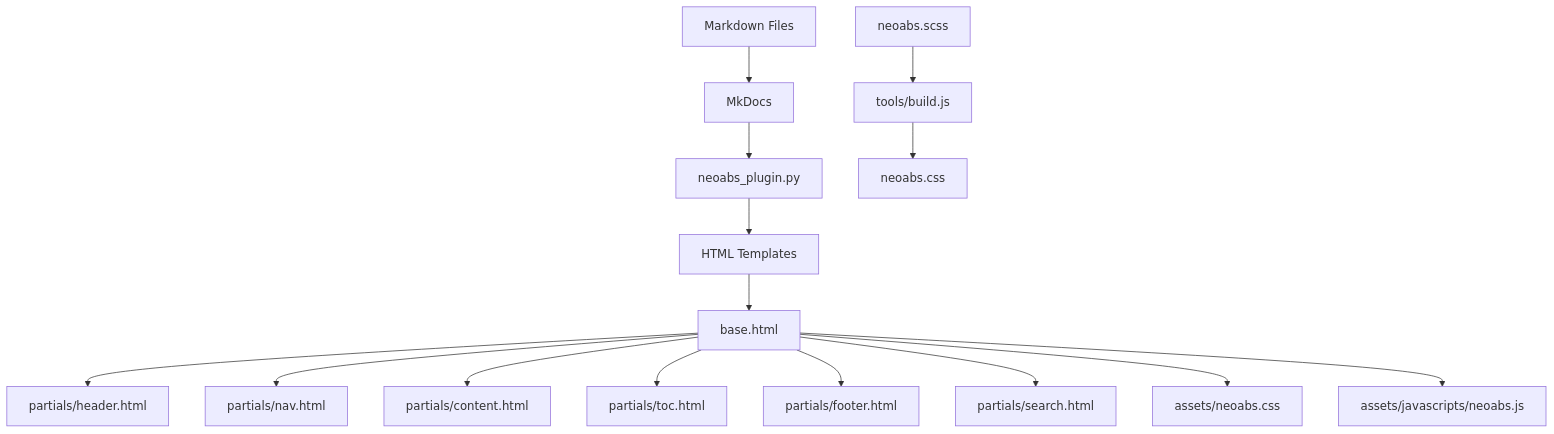
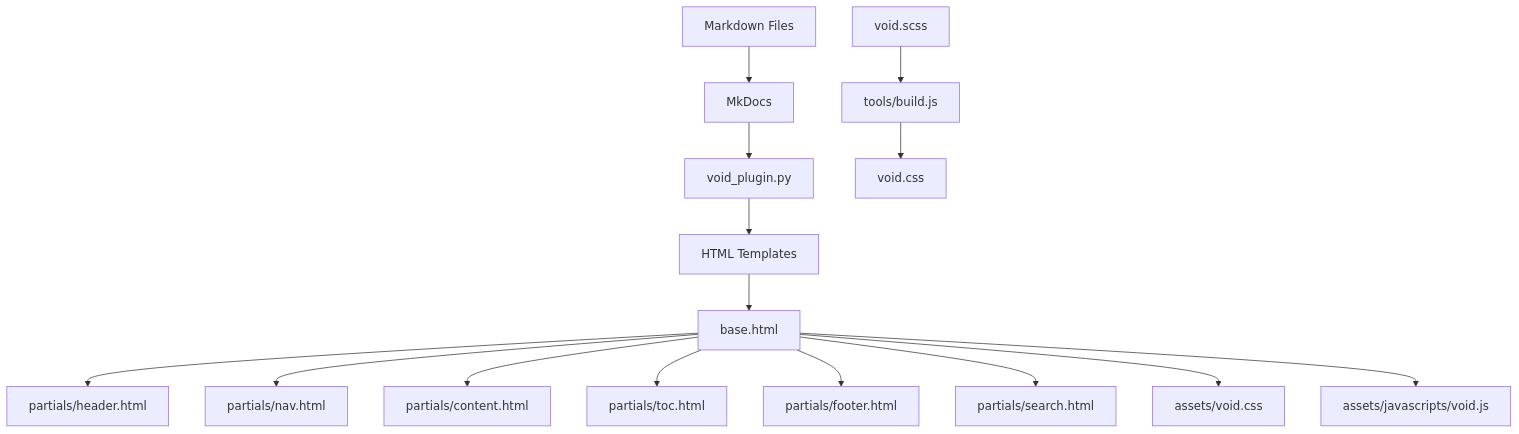
One commit to rkriad585/mkdocs-neoabs changed the diagram in README.md. Above: the diagram before and after it, drawn with Mermaid. The commit also changed other lines of this file and 137 other files, not shown here.

````diff
--- a/README.md
+++ b/README.md
@@ -342,17 +342,17 @@
 ```mermaid
 graph TD
     A[Markdown Files] --> B[MkDocs]
-    B --> C[neoabs_plugin.py]
+    B --> C[void_plugin.py]
     C --> D[HTML Templates]
     D --> E[base.html]
     E --> F[partials/header.html]
     E --> G[partials/nav.html]
     E --> H[partials/content.html]
     E --> I[partials/toc.html]
     E --> J[partials/footer.html]
     E --> K[partials/search.html]
-    E --> L[assets/neoabs.css]
-    E --> M[assets/javascripts/neoabs.js]
-    N[neoabs.scss] --> O[tools/build.js]
-    O --> P[neoabs.css]
+    E --> L[assets/void.css]
+    E --> M[assets/javascripts/void.js]
+    N[void.scss] --> O[tools/build.js]
+    O --> P[void.css]
 ```
````
